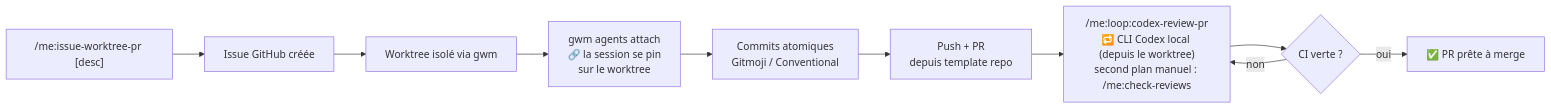
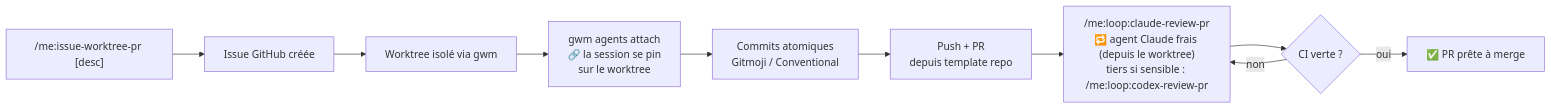
One commit to kbrdn1/dotfiles changed the third of 8 diagrams in dot_claude/WORKFLOW.md. Above: the diagram before and after it, drawn with Mermaid. The commit also changed other lines of this file and 20 other files, not shown here.

````diff
--- a/dot_claude/WORKFLOW.md
+++ b/dot_claude/WORKFLOW.md
@@ -184,12 +187,12 @@
 ```mermaid
 flowchart LR
     A["/me:issue-worktree-pr [desc]"] --> B[Issue GitHub créée]
     B --> C[Worktree isolé via gwm]
     C --> CA["gwm agents attach<br/>🔗 la session se pin<br/>sur le worktree"]
     CA --> D[Commits atomiques<br/>Gitmoji / Conventional]
     D --> E[Push + PR<br/>depuis template repo]
-    E --> G["/me:loop:codex-review-pr<br/>🔁 CLI Codex local (depuis le worktree)<br/>second plan manuel : /me:check-reviews"]
+    E --> G["/me:loop:claude-review-pr<br/>🔁 agent Claude frais (depuis le worktree)<br/>tiers si sensible : /me:loop:codex-review-pr"]
     G --> H{CI verte ?}
     H -->|non| G
     H -->|oui| I[✅ PR prête à merge]
 ```
````
